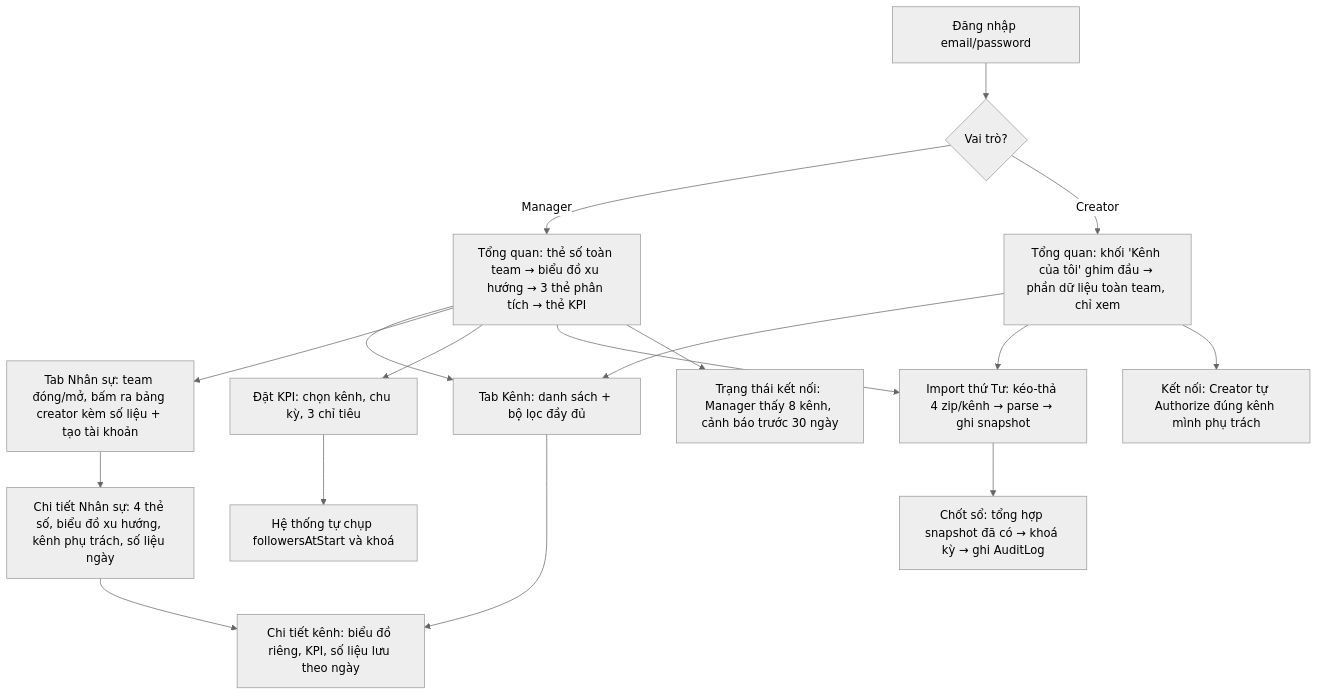
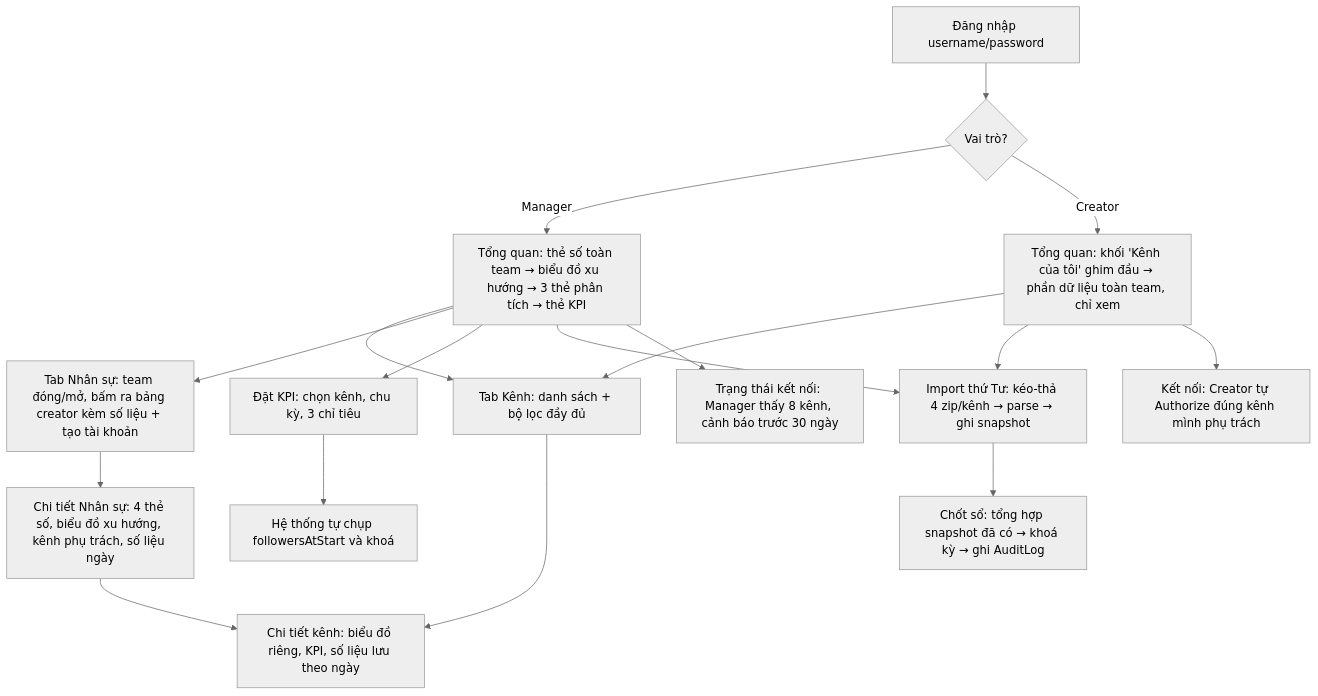
One commit to duytienitptit/ahd-dashboard changed the diagram in docs/USER_FLOW.md. Above: the diagram before and after it, drawn with Mermaid (neutral theme). The commit also changed 26 other files, not shown here.

````diff
--- a/docs/USER_FLOW.md
+++ b/docs/USER_FLOW.md
@@ -7,22 +7,22 @@
 ```mermaid
 flowchart TD
-    A[Đăng nhập email/password] --> B{Vai trò?}
+    A[Đăng nhập username/password] --> B{Vai trò?}
 
     B -- Manager --> M1[Tổng quan: thẻ số toàn team → biểu đồ xu hướng → 3 thẻ phân tích → thẻ KPI]
     B -- Creator --> C1[Tổng quan: khối 'Kênh của tôi' ghim đầu → phần dữ liệu toàn team, chỉ xem]
 
     M1 --> M2[Tab Kênh: danh sách + bộ lọc đầy đủ]
     C1 --> M2
     M2 --> M3[Chi tiết kênh: biểu đồ riêng, KPI, số liệu lưu theo ngày]
 
     M1 --> M4[Tab Nhân sự: team đóng/mở, bấm ra bảng creator kèm số liệu + tạo tài khoản]
     M4 --> M4a[Chi tiết Nhân sự: 4 thẻ số, biểu đồ xu hướng, kênh phụ trách, số liệu ngày]
     M4a --> M3
     M1 --> M5[Đặt KPI: chọn kênh, chu kỳ, 3 chỉ tiêu]
     M5 --> M6[Hệ thống tự chụp followersAtStart và khoá]
     M1 --> I1[Import thứ Tư: kéo-thả 4 zip/kênh → parse → ghi snapshot]
     C1 --> I1
     I1 --> M7[Chốt sổ: tổng hợp snapshot đã có → khoá kỳ → ghi AuditLog]
     M1 --> T1[Trạng thái kết nối: Manager thấy 8 kênh, cảnh báo trước 30 ngày]
     C1 --> T2[Kết nối: Creator tự Authorize đúng kênh mình phụ trách]
 ```
````
